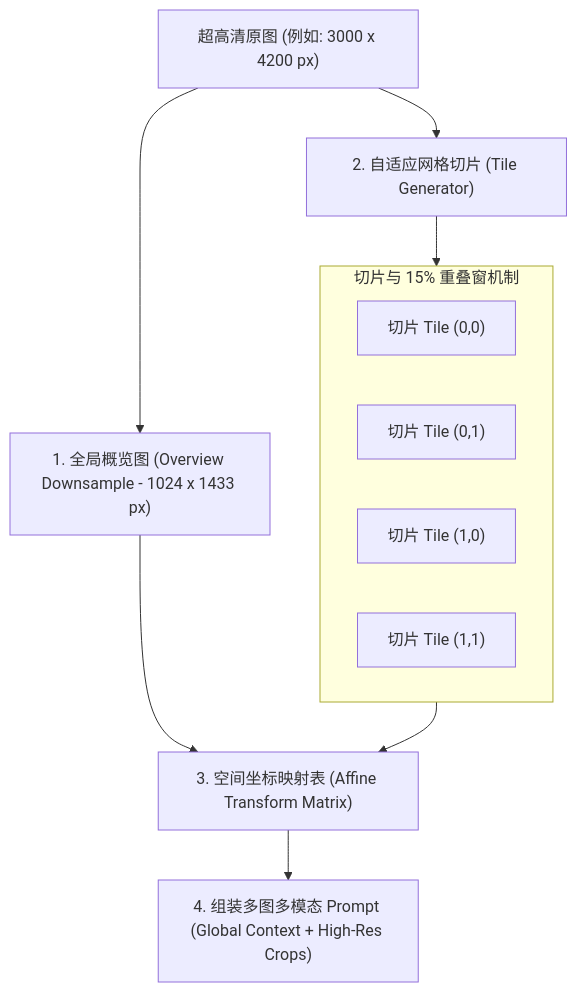
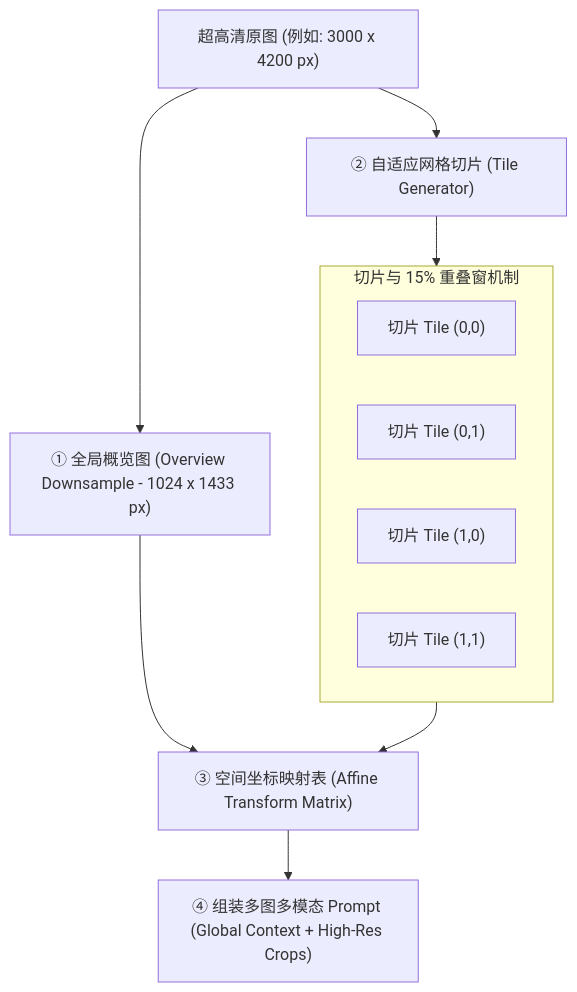
One commit to xyfu66/BlogWeb changed the second of 2 diagrams in source/blog-web/src/posts/series/enterprise-ai-ocr/enterprise-ai-ocr-part-2-document-pipeline-tiling.md. Above: the diagram before and after it, drawn with Mermaid. The commit also changed other lines of this file and 4 other files, not shown here.

Commit message:
fix: cursor中图表渲染问题

````diff
--- a/source/blog-web/src/posts/series/enterprise-ai-ocr/enterprise-ai-ocr-part-2-document-pipeline-tiling.md
+++ b/source/blog-web/src/posts/series/enterprise-ai-ocr/enterprise-ai-ocr-part-2-document-pipeline-tiling.md
@@ -159,16 +159,16 @@
 ```mermaid
 flowchart TD
-    Original["超高清原图 (例如: 3000 x 4200 px)"] --> Downsample["1. 全局概览图 (Overview Downsample - 1024 x 1433 px)"]
-    Original --> TileGrid["2. 自适应网格切片 (Tile Generator)"]
+    Original["超高清原图 (例如: 3000 x 4200 px)"] --> Downsample["① 全局概览图 (Overview Downsample - 1024 x 1433 px)"]
+    Original --> TileGrid["② 自适应网格切片 (Tile Generator)"]
     
     subgraph Grid["切片与 15% 重叠窗机制"]
         T1["切片 Tile (0,0)"]
         T2["切片 Tile (0,1)"]
         T3["切片 Tile (1,0)"]
         T4["切片 Tile (1,1)"]
     end
     
     TileGrid --> Grid
-    Downsample & Grid --> CoordinateMap["3. 空间坐标映射表 (Affine Transform Matrix)"]
-    CoordinateMap --> FinalPayload["4. 组装多图多模态 Prompt (Global Context + High-Res Crops)"]
+    Downsample & Grid --> CoordinateMap["③ 空间坐标映射表 (Affine Transform Matrix)"]
+    CoordinateMap --> FinalPayload["④ 组装多图多模态 Prompt (Global Context + High-Res Crops)"]
 ```
````
